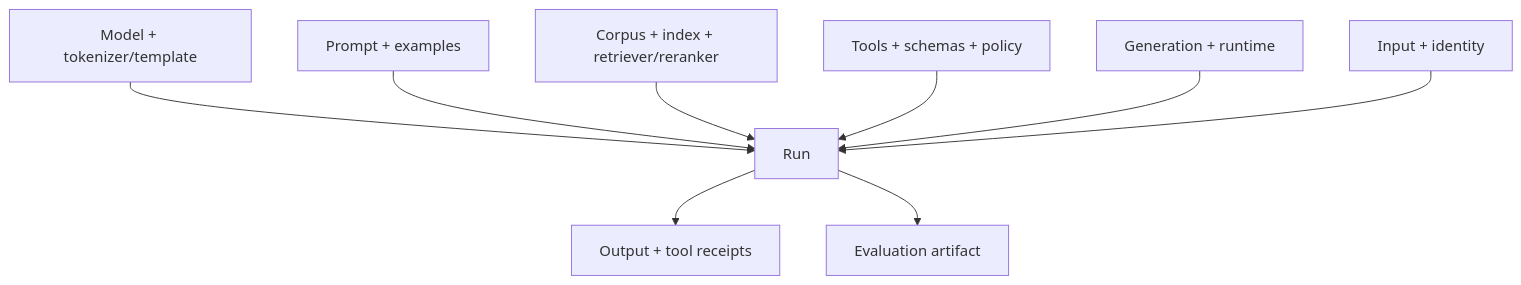
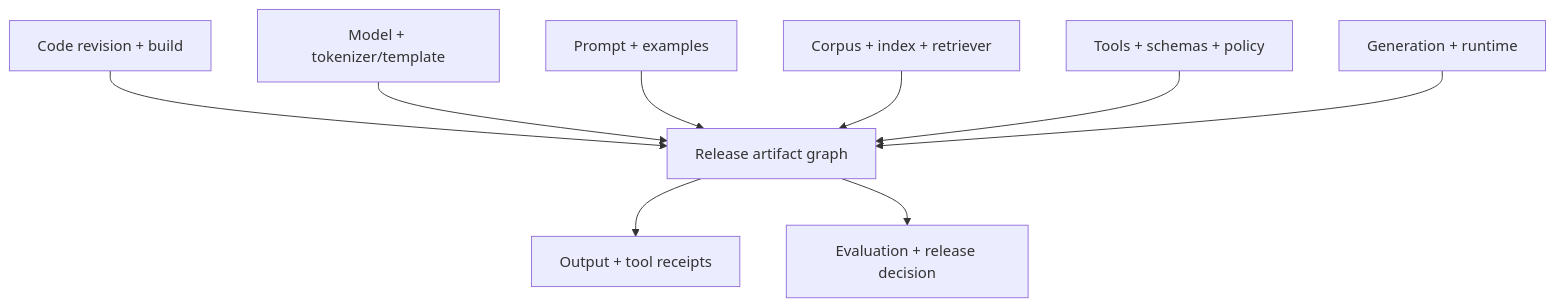
One commit to NightLemon/about-llm changed the second of 2 diagrams in docs/applications/code-conversation-llmops.md. Above: the diagram before and after it, drawn with Mermaid. The commit also changed other lines of this file, not shown here.

Commit message:
docs: follow one code fix through release

````diff
--- a/docs/applications/code-conversation-llmops.md
+++ b/docs/applications/code-conversation-llmops.md
@@ -304,11 +304,11 @@
 ```mermaid
 flowchart TD
-  M["Model + tokenizer/template"] --> R["Run"]
+  C["Code revision + build"] --> R["Release artifact graph"]
+  M["Model + tokenizer/template"] --> R
   P["Prompt + examples"] --> R
-  D["Corpus + index + retriever/reranker"] --> R
+  D["Corpus + index + retriever"] --> R
   T["Tools + schemas + policy"] --> R
   G["Generation + runtime"] --> R
-  I["Input + identity"] --> R
   R --> O["Output + tool receipts"]
-  R --> E["Evaluation artifact"]
+  R --> E["Evaluation + release decision"]
 ```
````
